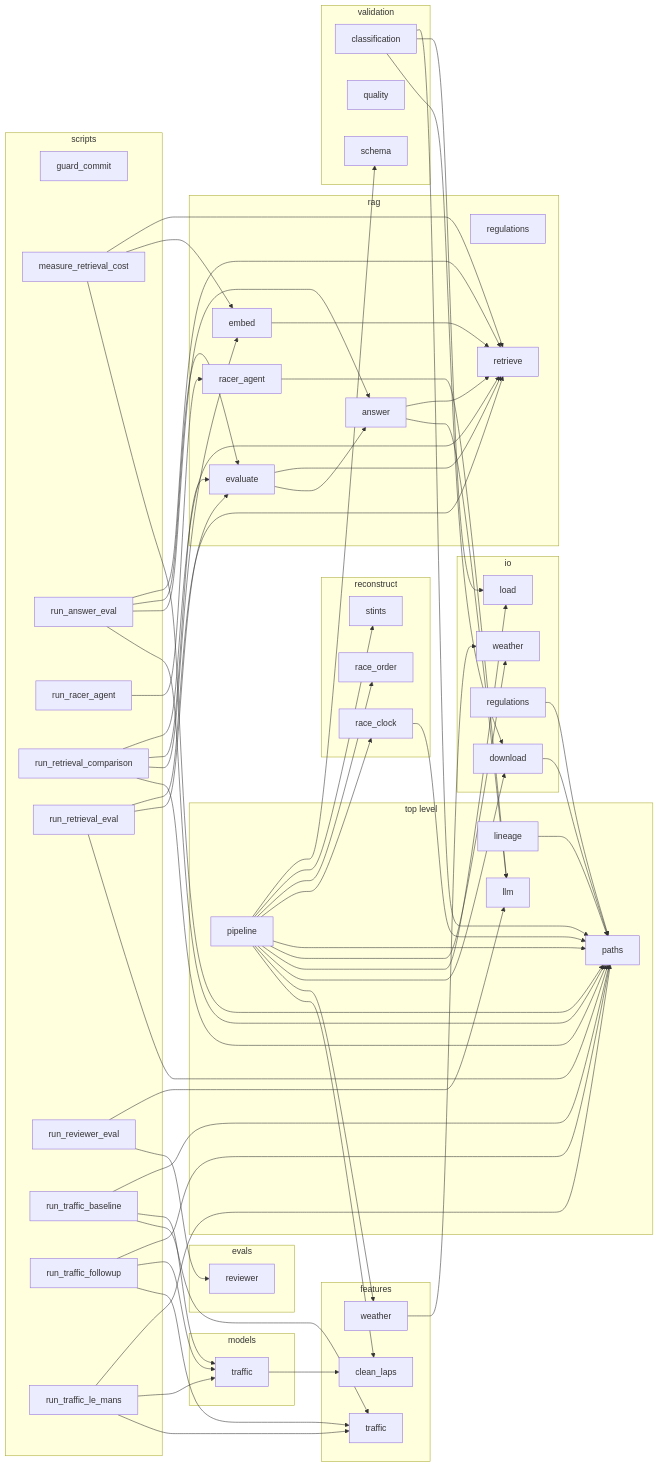
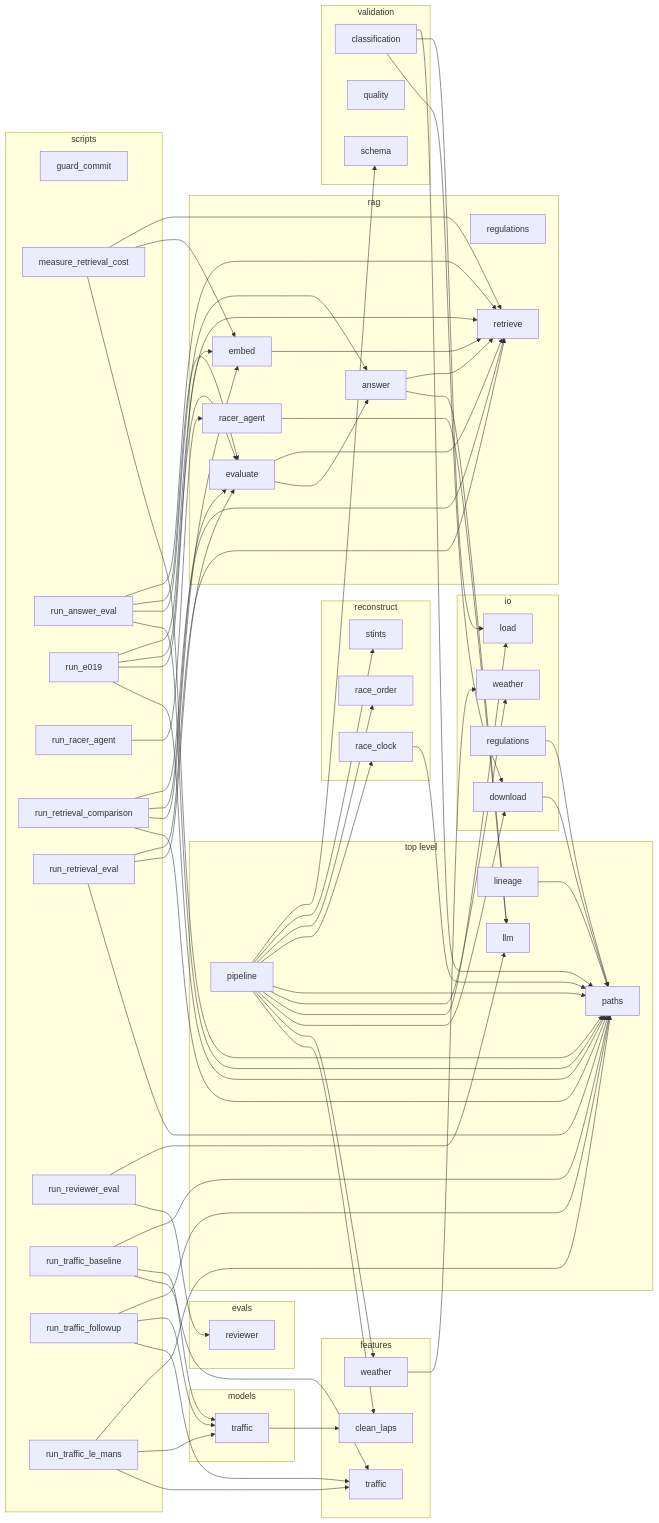
The second of 2 diagrams in docs/LINEAGE.md (kaloyankirovgit/endurance-pit-strategy), drawn with Mermaid before and after one commit. The commit also changed other lines of this file and 6 other files, not shown here.

```diff
--- a/docs/LINEAGE.md
+++ b/docs/LINEAGE.md
@@ -172,6 +173,7 @@
     n_scripts_guard_commit["guard_commit"]
     n_scripts_measure_retrieval_cost["measure_retrieval_cost"]
     n_scripts_run_answer_eval["run_answer_eval"]
+    n_scripts_run_e019["run_e019"]
     n_scripts_run_racer_agent["run_racer_agent"]
     n_scripts_run_retrieval_comparison["run_retrieval_comparison"]
     n_scripts_run_retrieval_eval["run_retrieval_eval"]
@@ -220,6 +222,10 @@
   n_scripts_run_answer_eval --> n_rag_answer
   n_scripts_run_answer_eval --> n_rag_evaluate
   n_scripts_run_answer_eval --> n_rag_retrieve
+  n_scripts_run_e019 --> n_paths
+  n_scripts_run_e019 --> n_rag_embed
+  n_scripts_run_e019 --> n_rag_evaluate
+  n_scripts_run_e019 --> n_rag_retrieve
   n_scripts_run_racer_agent --> n_rag_racer_agent
   n_scripts_run_retrieval_comparison --> n_paths
   n_scripts_run_retrieval_comparison --> n_rag_embed
```
